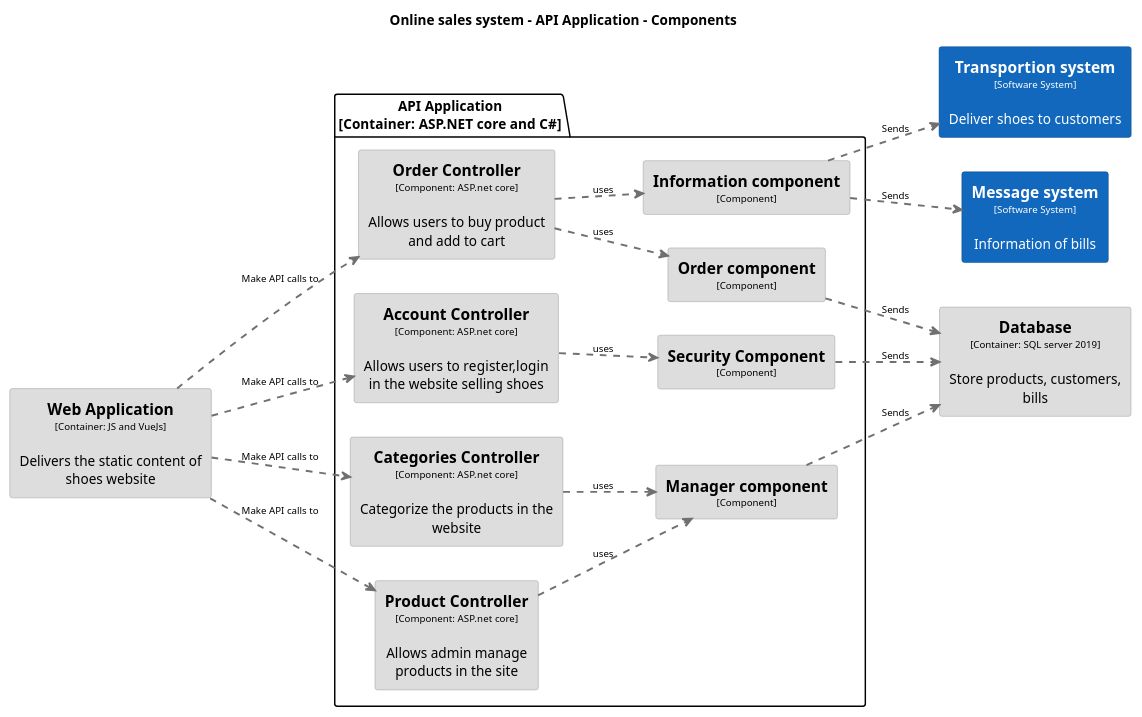
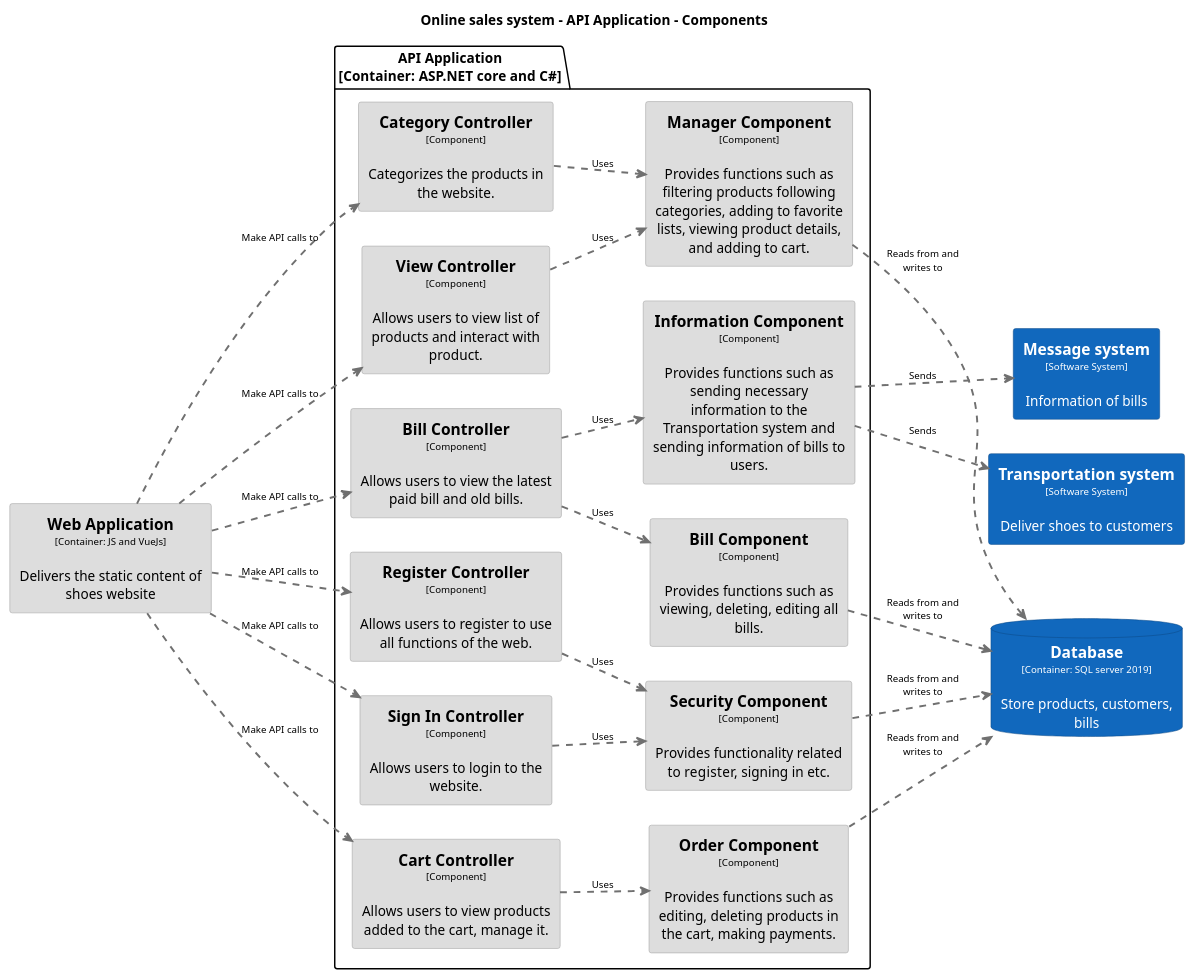
The diagram in export/Onlinesalessystem-APIApplication-Component.puml (lantrannk/phan-tich-thiet-ke-oop), drawn with PlantUML before and after one commit. The commit also changed 3 other files, not shown here.

```diff
--- a/export/Onlinesalessystem-APIApplication-Component.puml
+++ b/export/Onlinesalessystem-APIApplication-Component.puml
@@ -1,101 +1,124 @@
 @startuml(id=Onlinesalessystem-APIApplication-Component)
 title Online sales system - API Application - Components
 
 skinparam {
   shadowing false
   arrowFontSize 10
   defaultTextAlignment center
   wrapWidth 200
   maxMessageSize 100
 }
 hide stereotype
 left to right direction
-skinparam rectangle<<22>> {
+skinparam rectangle<<33>> {
   BackgroundColor #dddddd
   FontColor #000000
   BorderColor #9a9a9a
 }
-skinparam rectangle<<12>> {
+skinparam rectangle<<23>> {
+  BackgroundColor #dddddd
+  FontColor #000000
+  BorderColor #9a9a9a
+}
+skinparam rectangle<<45>> {
+  BackgroundColor #1168bd
+  FontColor #ffffff
+  BorderColor #0b4884
+}
+skinparam database<<35>> {
+  BackgroundColor #1168bd
+  FontColor #ffffff
+  BorderColor #0b4884
+}
+skinparam rectangle<<13>> {
+  BackgroundColor #dddddd
+  FontColor #000000
+  BorderColor #9a9a9a
+}
+skinparam rectangle<<25>> {
   BackgroundColor #dddddd
   FontColor #000000
   BorderColor #9a9a9a
 }
 skinparam rectangle<<15>> {
   BackgroundColor #dddddd
   FontColor #000000
   BorderColor #9a9a9a
 }
-skinparam rectangle<<16>> {
+skinparam rectangle<<28>> {
   BackgroundColor #dddddd
   FontColor #000000
   BorderColor #9a9a9a
 }
 skinparam rectangle<<17>> {
   BackgroundColor #dddddd
   FontColor #000000
   BorderColor #9a9a9a
 }
-skinparam rectangle<<18>> {
-  BackgroundColor #dddddd
-  FontColor #000000
-  BorderColor #9a9a9a
-}
 skinparam rectangle<<19>> {
   BackgroundColor #dddddd
   FontColor #000000
   BorderColor #9a9a9a
 }
-skinparam rectangle<<3>> {
+skinparam rectangle<<4>> {
+  BackgroundColor #dddddd
+  FontColor #000000
+  BorderColor #9a9a9a
+}
+skinparam rectangle<<41>> {
   BackgroundColor #1168bd
   FontColor #ffffff
   BorderColor #0b4884
 }
-skinparam rectangle<<4>> {
-  BackgroundColor #1168bd
-  FontColor #ffffff
-  BorderColor #0b4884
-}
-skinparam rectangle<<7>> {
+skinparam rectangle<<31>> {
   BackgroundColor #dddddd
   FontColor #000000
   BorderColor #9a9a9a
 }
-skinparam rectangle<<20>> {
+skinparam rectangle<<10>> {
   BackgroundColor #dddddd
   FontColor #000000
   BorderColor #9a9a9a
 }
 skinparam rectangle<<21>> {
   BackgroundColor #dddddd
   FontColor #000000
   BorderColor #9a9a9a
 }
-rectangle "==Database\n<size:10>[Container: SQL server 2019]</size>\n\nStore products, customers, bills" <<12>> as 12
-rectangle "==Message system\n<size:10>[Software System]</size>\n\nInformation of bills" <<4>> as 4
-rectangle "==Transportion system\n<size:10>[Software System]</size>\n\nDeliver shoes to customers" <<3>> as 3
-rectangle "==Web Application\n<size:10>[Container: JS and VueJs]</size>\n\nDelivers the static content of shoes website" <<7>> as 7
+database "==Database\n<size:10>[Container: SQL server 2019]</size>\n\nStore products, customers, bills" <<35>> as 35
+rectangle "==Message system\n<size:10>[Software System]</size>\n\nInformation of bills" <<45>> as 45
+rectangle "==Transportation system\n<size:10>[Software System]</size>\n\nDeliver shoes to customers" <<41>> as 41
+rectangle "==Web Application\n<size:10>[Container: JS and VueJs]</size>\n\nDelivers the static content of shoes website" <<4>> as 4
 package "API Application\n[Container: ASP.NET core and C#]" {
-  rectangle "==Account Controller\n<size:10>[Component: ASP.net core]</size>\n\nAllows users to register,login in the website selling shoes" <<15>> as 15
-  rectangle "==Categories Controller\n<size:10>[Component: ASP.net core]</size>\n\nCategorize the products in the website" <<16>> as 16
-  rectangle "==Information component\n<size:10>[Component]</size>" <<19>> as 19
-  rectangle "==Manager component\n<size:10>[Component]</size>" <<20>> as 20
-  rectangle "==Order Controller\n<size:10>[Component: ASP.net core]</size>\n\nAllows users to buy product and add to cart" <<17>> as 17
-  rectangle "==Order component\n<size:10>[Component]</size>" <<22>> as 22
-  rectangle "==Product Controller\n<size:10>[Component: ASP.net core]</size>\n\nAllows admin manage products in the site" <<18>> as 18
-  rectangle "==Security Component\n<size:10>[Component]</size>" <<21>> as 21
+  rectangle "==Bill Component\n<size:10>[Component]</size>\n\nProvides functions such as viewing, deleting, editing all bills." <<33>> as 33
+  rectangle "==Bill Controller\n<size:10>[Component]</size>\n\nAllows users to view the latest paid bill and old bills." <<19>> as 19
+  rectangle "==Cart Controller\n<size:10>[Component]</size>\n\nAllows users to view products added to the cart, manage it." <<15>> as 15
+  rectangle "==Category Controller\n<size:10>[Component]</size>\n\nCategorizes the products in the website." <<21>> as 21
+  rectangle "==Information Component\n<size:10>[Component]</size>\n\nProvides functions such as sending necessary information to the Transportation system and sending information of bills to users." <<23>> as 23
+  rectangle "==Manager Component\n<size:10>[Component]</size>\n\nProvides functions such as filtering products following categories, adding to favorite lists, viewing product details, and adding to cart." <<28>> as 28
+  rectangle "==Order Component\n<size:10>[Component]</size>\n\nProvides functions such as editing, deleting products in the cart, making payments." <<31>> as 31
+  rectangle "==Register Controller\n<size:10>[Component]</size>\n\nAllows users to register to use all functions of the web." <<10>> as 10
+  rectangle "==Security Component\n<size:10>[Component]</size>\n\nProvides functionality related to register, signing in etc." <<25>> as 25
+  rectangle "==Sign In Controller\n<size:10>[Component]</size>\n\nAllows users to login to the website." <<13>> as 13
+  rectangle "==View Controller\n<size:10>[Component]</size>\n\nAllows users to view list of products and interact with product." <<17>> as 17
 }
-15 .[#707070,thickness=2].> 21 : "uses"
-16 .[#707070,thickness=2].> 20 : "uses"
-19 .[#707070,thickness=2].> 4 : "Sends"
-19 .[#707070,thickness=2].> 3 : "Sends"
-20 .[#707070,thickness=2].> 12 : "Sends"
-17 .[#707070,thickness=2].> 19 : "uses"
-17 .[#707070,thickness=2].> 22 : "uses"
-22 .[#707070,thickness=2].> 12 : "Sends"
-18 .[#707070,thickness=2].> 20 : "uses"
-21 .[#707070,thickness=2].> 12 : "Sends"
-7 .[#707070,thickness=2].> 15 : "Make API calls to"
-7 .[#707070,thickness=2].> 16 : "Make API calls to"
-7 .[#707070,thickness=2].> 17 : "Make API calls to"
-7 .[#707070,thickness=2].> 18 : "Make API calls to"
+33 .[#707070,thickness=2].> 35 : "Reads from and writes to"
+19 .[#707070,thickness=2].> 33 : "Uses"
+19 .[#707070,thickness=2].> 23 : "Uses"
+15 .[#707070,thickness=2].> 31 : "Uses"
+21 .[#707070,thickness=2].> 28 : "Uses"
+23 .[#707070,thickness=2].> 45 : "Sends"
+23 .[#707070,thickness=2].> 41 : "Sends"
+28 .[#707070,thickness=2].> 35 : "Reads from and writes to"
+31 .[#707070,thickness=2].> 35 : "Reads from and writes to"
+10 .[#707070,thickness=2].> 25 : "Uses"
+25 .[#707070,thickness=2].> 35 : "Reads from and writes to"
+13 .[#707070,thickness=2].> 25 : "Uses"
+17 .[#707070,thickness=2].> 28 : "Uses"
+4 .[#707070,thickness=2].> 19 : "Make API calls to"
+4 .[#707070,thickness=2].> 15 : "Make API calls to"
+4 .[#707070,thickness=2].> 21 : "Make API calls to"
+4 .[#707070,thickness=2].> 10 : "Make API calls to"
+4 .[#707070,thickness=2].> 13 : "Make API calls to"
+4 .[#707070,thickness=2].> 17 : "Make API calls to"
 @enduml
```
